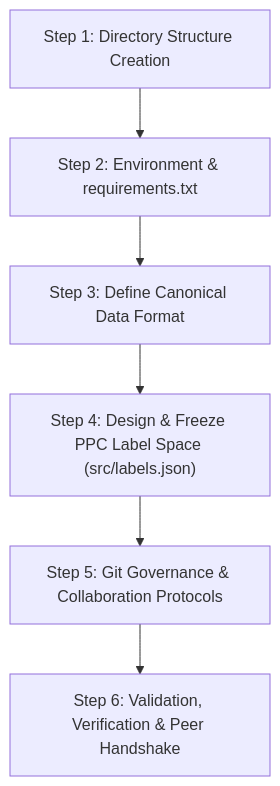
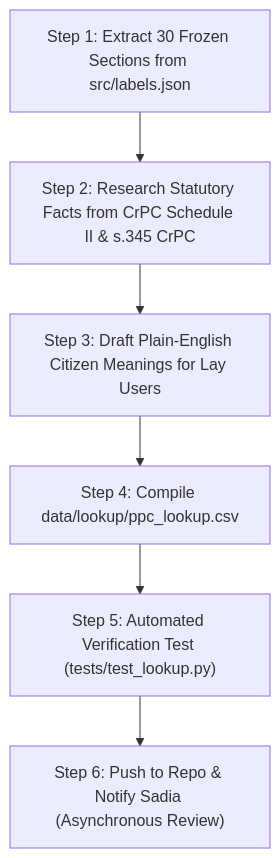
Before and after one commit to Sadia-Farooque/AI-Legal-Helper: the second of 2 diagrams in implementation_plan-AQ.md, drawn with Mermaid. The commit also changed other lines of this file and 14 other files, not shown here.

````diff
--- a/implementation_plan-AQ.md
+++ b/implementation_plan-AQ.md
@@ -57,8 +129,8 @@
 ```mermaid
 flowchart TD
-    Step1["Step 1: Directory Structure Creation"] --> Step2["Step 2: Environment & requirements.txt"]
-    Step2 --> Step3["Step 3: Define Canonical Data Format"]
-    Step3 --> Step4["Step 4: Design & Freeze PPC Label Space (src/labels.json)"]
-    Step4 --> Step5["Step 5: Git Governance & Collaboration Protocols"]
-    Step5 --> Step6["Step 6: Validation, Verification & Peer Handshake"]
+    S1["Step 1: Extract 30 Frozen Sections from src/labels.json"] --> S2["Step 2: Research Statutory Facts from CrPC Schedule II & s.345 CrPC"]
+    S2 --> S3["Step 3: Draft Plain-English Citizen Meanings for Lay Users"]
+    S3 --> S4["Step 4: Compile data/lookup/ppc_lookup.csv"]
+    S4 --> S5["Step 5: Automated Verification Test (tests/test_lookup.py)"]
+    S5 --> S6["Step 6: Push to Repo & Notify Sadia (Asynchronous Review)"]
 ```
````
